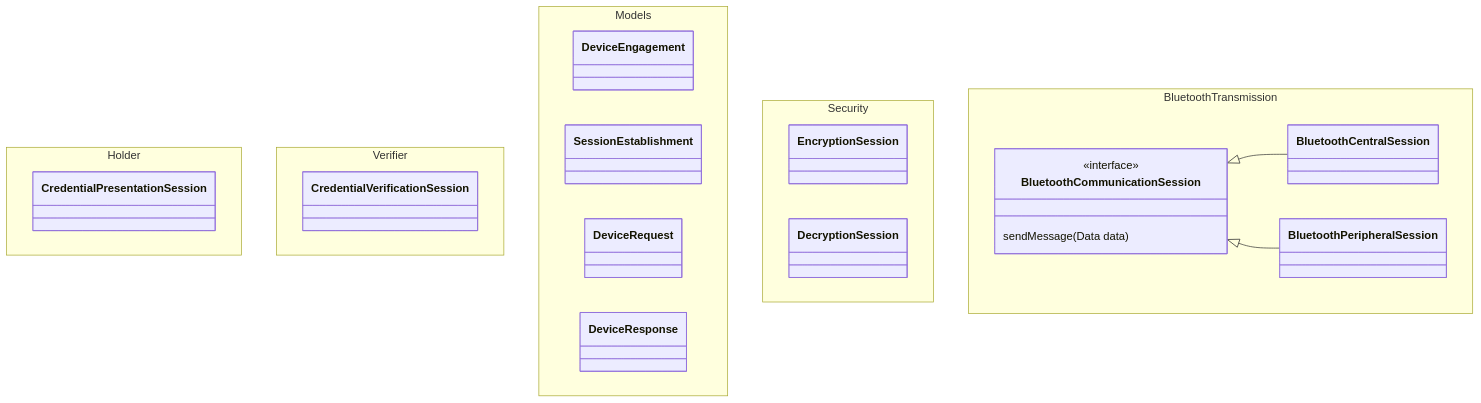
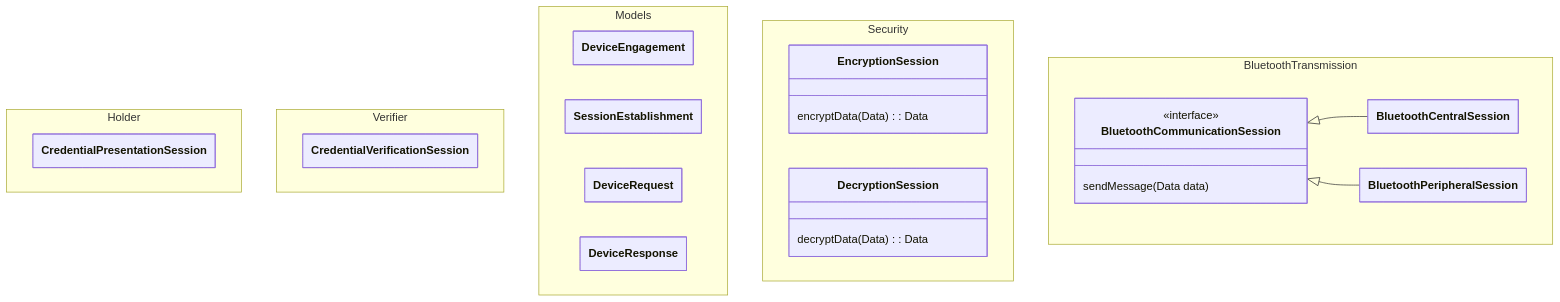
Before and after one commit to govuk-one-login/mobile-credential-sharing-ios: the diagram in README.md, drawn with Mermaid. The commit also changed other lines of this file, not shown here.

Commit message:
docs: minor updates to README

````diff
--- a/README.md
+++ b/README.md
@@ -20,34 +20,43 @@
 ```mermaid
+---
+config:
+    class:
+      hideEmptyMembersBox: true
+---
 classDiagram
 namespace Holder {
     class CredentialPresentationSession
 }
 
 namespace Verifier {
     class CredentialVerificationSession
 }
 
 namespace Models {
     class DeviceEngagement
     class SessionEstablishment
     class DeviceRequest
     class DeviceResponse
 }
 
 namespace Security {
-    class EncryptionSession
-    class DecryptionSession
+    class EncryptionSession{
+        encryptData(Data): Data
+    }
+    class DecryptionSession{
+        decryptData(Data): Data
+    }
 }
 
 namespace BluetoothTransmission {
     class BluetoothCommunicationSession{
         <<interface>>
         sendMessage(Data data)
     }
     class BluetoothCentralSession
     class BluetoothPeripheralSession
 }
 
 BluetoothCommunicationSession<|--BluetoothCentralSession
 BluetoothCommunicationSession <|-- BluetoothPeripheralSession
 ```
````
